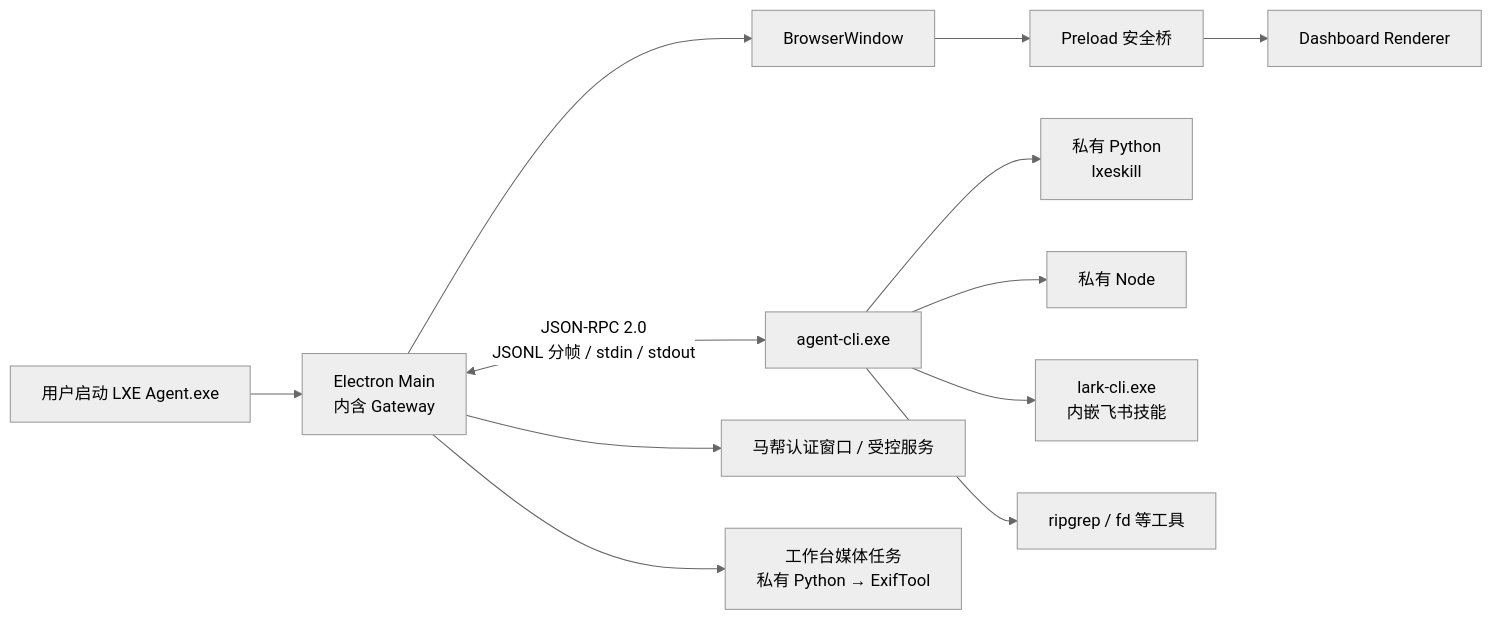
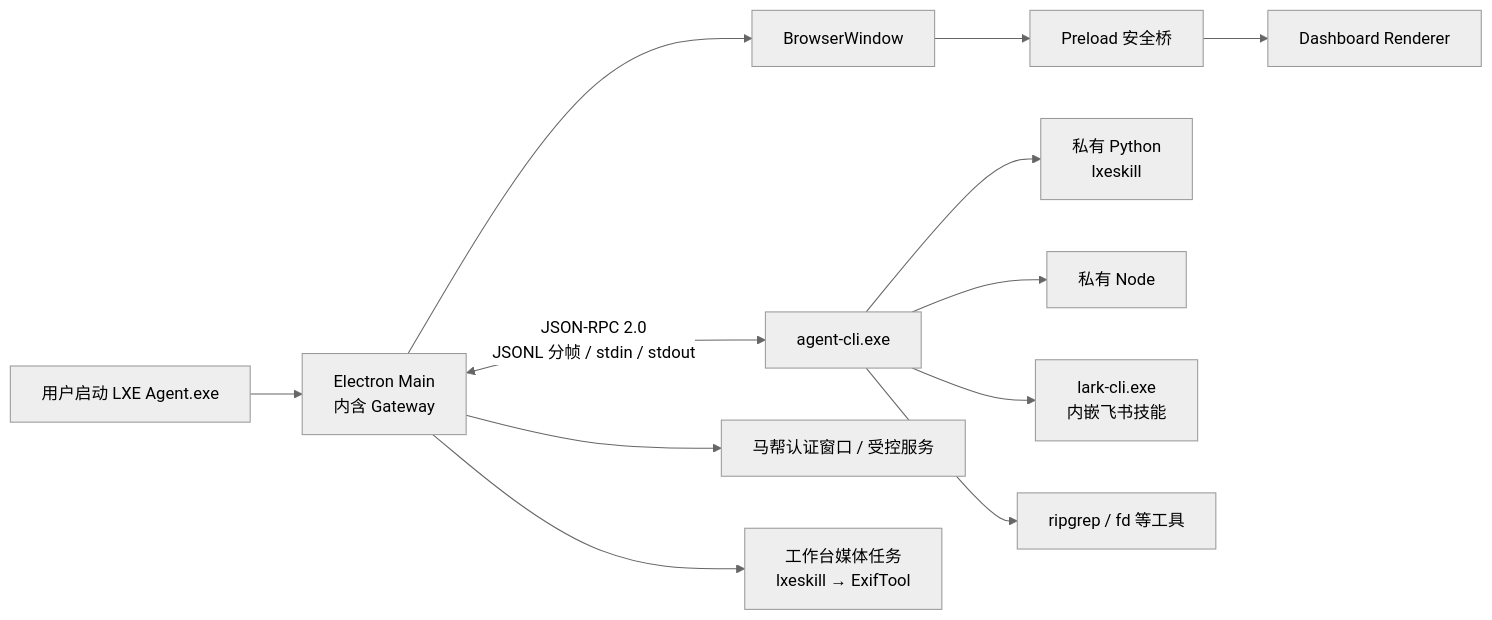
One commit to LXE123/LXE_AGENT changed the second of 2 diagrams in docs/desktop/packaging-pipeline.md. Above: the diagram before and after it, drawn with Mermaid (neutral theme). The commit also changed other lines of this file and 33 other files, not shown here.

````diff
--- a/docs/desktop/packaging-pipeline.md
+++ b/docs/desktop/packaging-pipeline.md
@@ -376,14 +380,14 @@
 ```mermaid
 flowchart LR
     USER["用户启动 LXE Agent.exe"] --> MAIN["Electron Main<br/>内含 Gateway"]
     MAIN --> WINDOW["BrowserWindow"]
     WINDOW --> PRELOAD["Preload 安全桥"]
     PRELOAD --> UI["Dashboard Renderer"]
     MAIN <-->|"JSON-RPC 2.0<br/>JSONL 分帧 / stdin / stdout"| AGENT["agent-cli.exe"]
     AGENT --> PY["私有 Python<br/>lxeskill"]
     AGENT --> NODE["私有 Node"]
     AGENT --> LARK["lark-cli.exe<br/>内嵌飞书技能"]
     AGENT --> TOOLS["ripgrep / fd 等工具"]
     MAIN --> AUTH["马帮认证窗口 / 受控服务"]
-    MAIN --> MEDIA["工作台媒体任务<br/>私有 Python → ExifTool"]
+    MAIN --> MEDIA["工作台媒体任务<br/>lxeskill → ExifTool"]
 ```
````
